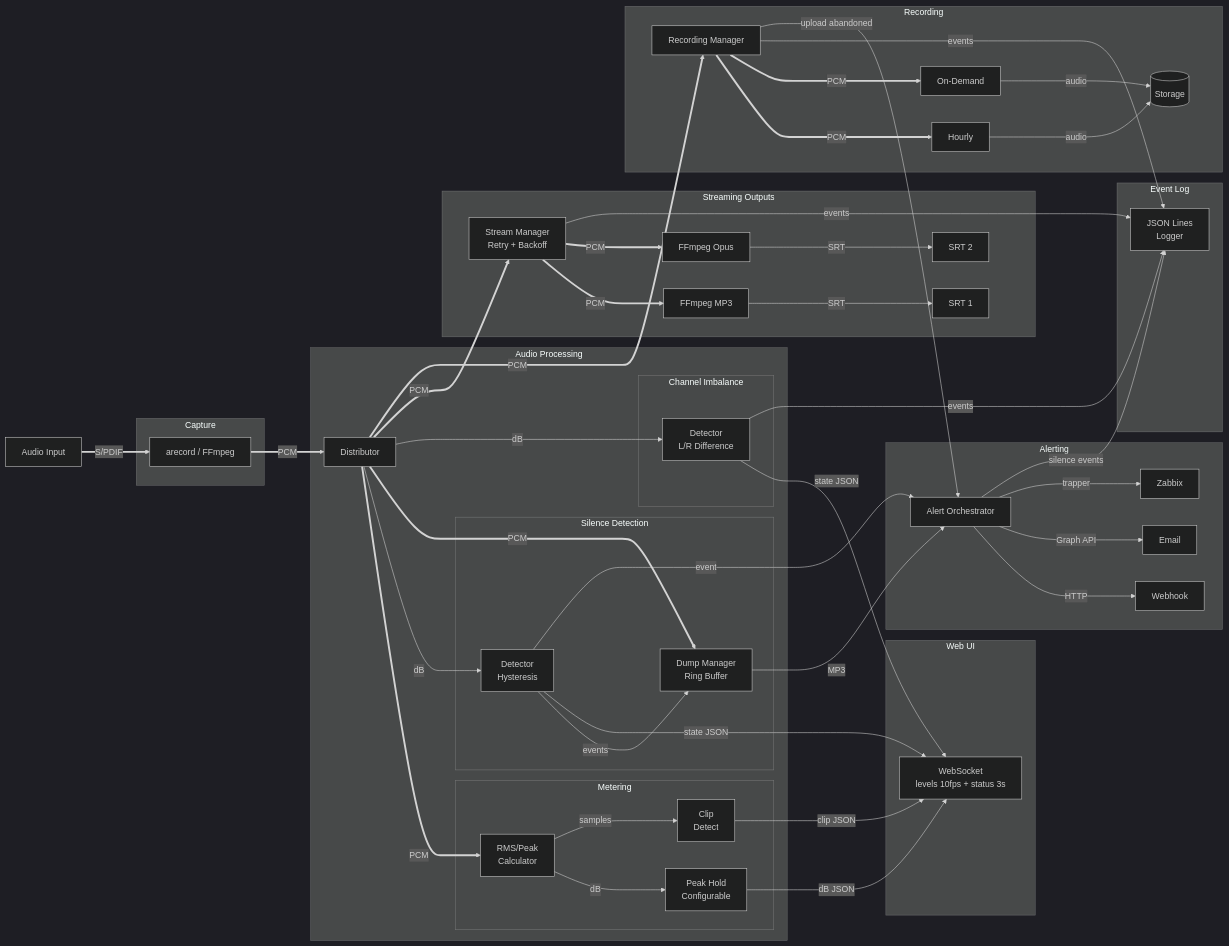
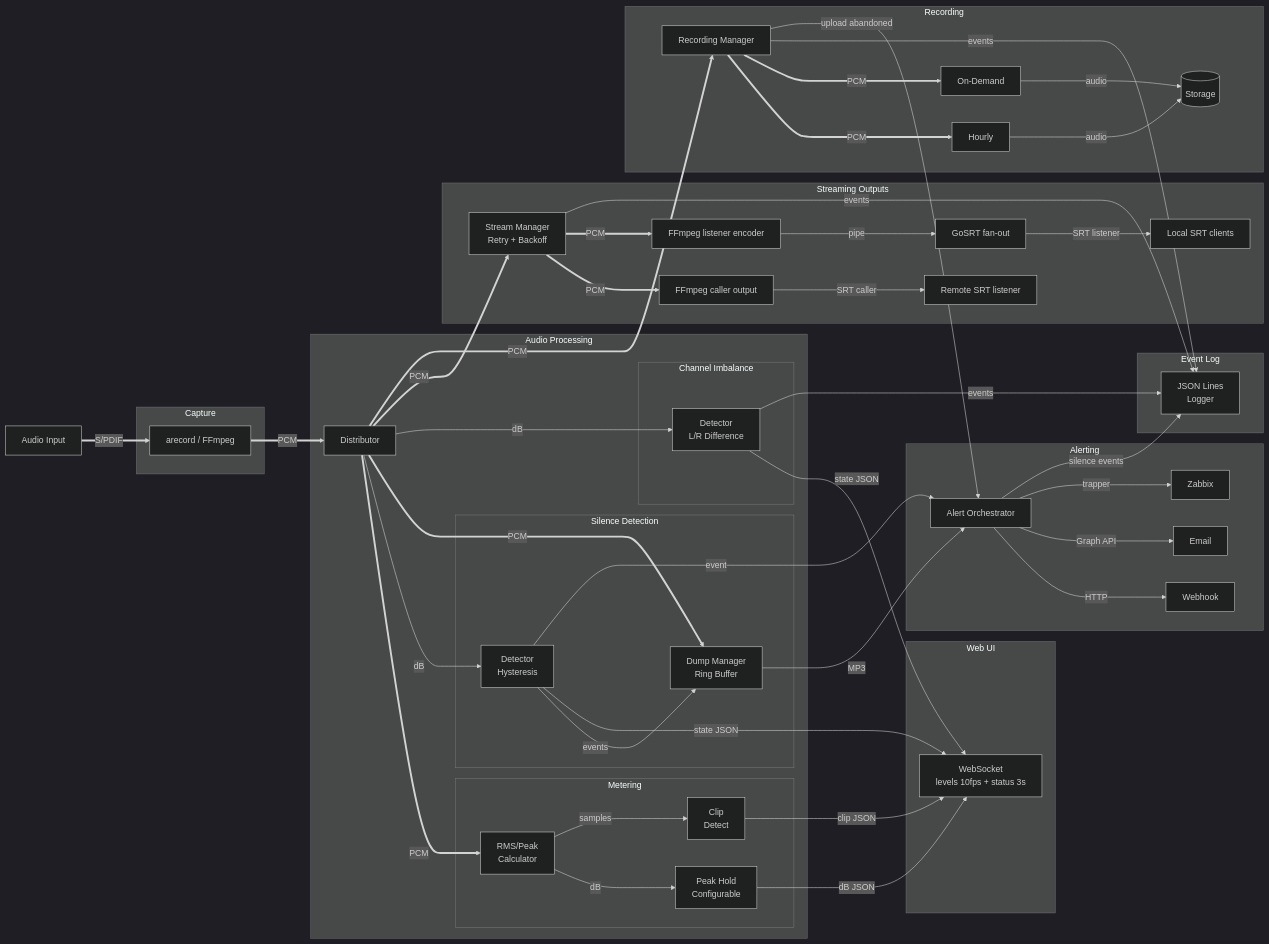
The diagram in README.md (oszuidwest/zwfm-encoder), drawn with Mermaid (dark theme) before and after one commit. The commit also changed other lines of this file and 18 other files, not shown here.

Commit message:
feat: add multi-client SRT listener fanout (#319)

```diff
--- a/README.md
+++ b/README.md
@@ -273,10 +274,11 @@
 
     subgraph Outputs["Streaming Outputs"]
         OM[Stream Manager<br>Retry + Backoff]
-        F1[FFmpeg MP3]
-        F2[FFmpeg Opus]
-        S1[SRT 1]
-        S2[SRT 2]
+        F1[FFmpeg caller output]
+        F2[FFmpeg listener encoder]
+        FO[GoSRT fan-out]
+        S1[Remote SRT listener]
+        S2[Local SRT clients]
     end
 
     subgraph Recording["Recording"]
@@ -331,8 +333,8 @@
 
     %% Streaming
     D ==>|PCM| OM
-    OM ==>|PCM| F1 -->|SRT| S1
-    OM ==>|PCM| F2 -->|SRT| S2
+    OM ==>|PCM| F1 -->|SRT caller| S1
+    OM ==>|PCM| F2 -->|pipe| FO -->|SRT listener| S2
     OM -->|events| EL
 
     %% Recording
```
